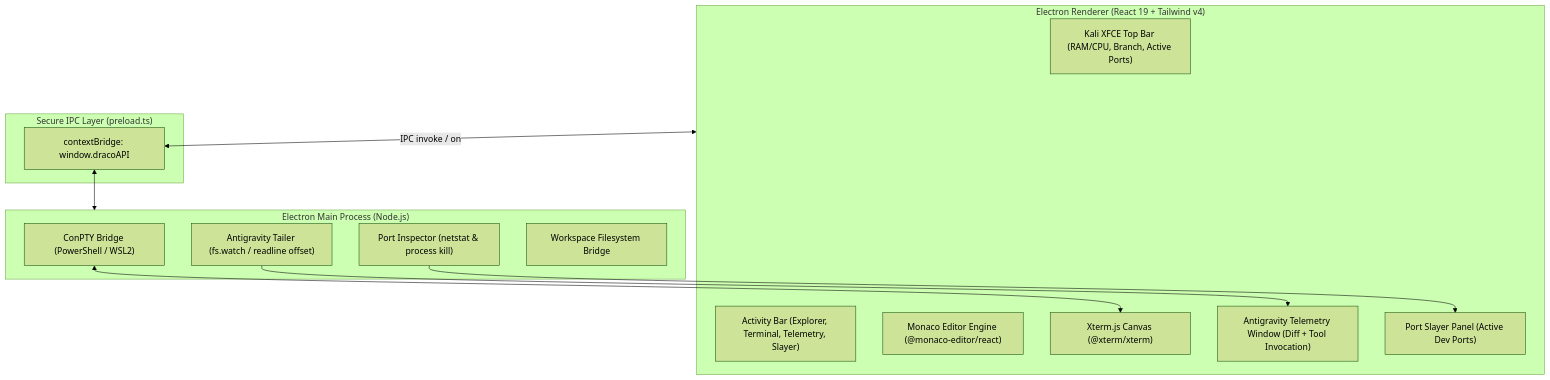
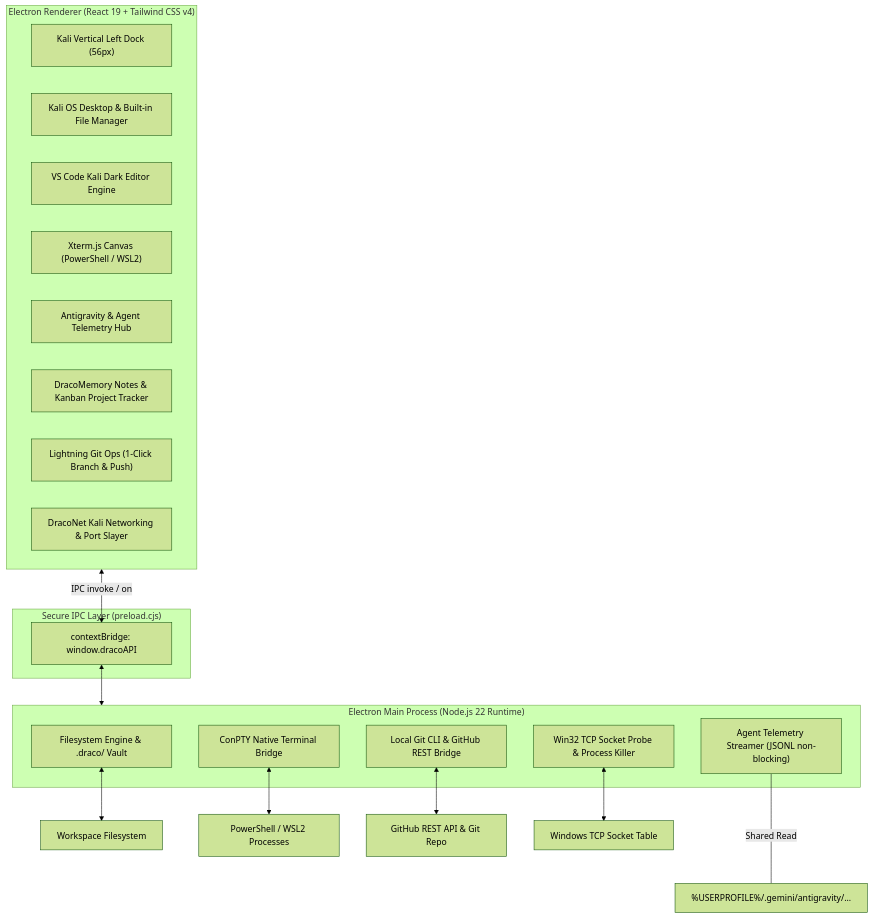
Before and after one commit to elrazaq/dracodeck: the diagram in docs/architecture.md, drawn with Mermaid (forest theme). The commit also changed other lines of this file and 5 other files, not shown here.

Commit message:
feat(m0): integrate master plan for DracoMemory and GitOps

````diff
--- a/docs/architecture.md
+++ b/docs/architecture.md
@@ -7,27 +7,32 @@
 ```mermaid
 flowchart TD
-    subgraph UI_Renderer ["Electron Renderer (React 19 + Tailwind v4)"]
-        TopBar["Kali XFCE Top Bar (RAM/CPU, Branch, Active Ports)"]
-        ActivityBar["Activity Bar (Explorer, Terminal, Telemetry, Slayer)"]
-        EditorArea["Monaco Editor Engine (@monaco-editor/react)"]
-        TerminalCanvas["Xterm.js Canvas (@xterm/xterm)"]
-        TelemetryPanel["Antigravity Telemetry Window (Diff + Tool Invocation)"]
-        PortMatrix["Port Slayer Panel (Active Dev Ports)"]
+    subgraph UI_Renderer ["Electron Renderer (React 19 + Tailwind CSS v4)"]
+        LeftDock["Kali Vertical Left Dock (56px)"]
+        DesktopSpace["Kali OS Desktop & Built-in File Manager"]
+        CodeEditor["VS Code Kali Dark Editor Engine"]
+        TerminalCanvas["Xterm.js Canvas (PowerShell / WSL2)"]
+        TelemetryPanel["Antigravity & Agent Telemetry Hub"]
+        MemoryPanel["DracoMemory Notes & Kanban Project Tracker"]
+        GitBar["Lightning Git Ops (1-Click Branch & Push)"]
+        NetMatrix["DracoNet Kali Networking & Port Slayer"]
     end
 
-    subgraph Bridge ["Secure IPC Layer (preload.ts)"]
+    subgraph Bridge ["Secure IPC Layer (preload.cjs)"]
         ContextAPI["contextBridge: window.dracoAPI"]
     end
 
-    subgraph Main_Node ["Electron Main Process (Node.js)"]
-        PtyBridge["ConPTY Bridge (PowerShell / WSL2)"]
-        LogTailer["Antigravity Tailer (fs.watch / readline offset)"]
-        PortScanner["Port Inspector (netstat & process kill)"]
-        FsBridge["Workspace Filesystem Bridge"]
+    subgraph Main_Process ["Electron Main Process (Node.js 22 Runtime)"]
+        FsService["Filesystem Engine & .draco/ Vault"]
+        PtyService["ConPTY Native Terminal Bridge"]
+        TailerService["Agent Telemetry Streamer (JSONL non-blocking)"]
+        GitService["Local Git CLI & GitHub REST Bridge"]
+        NetService["Win32 TCP Socket Probe & Process Killer"]
     end
 
-    UI_Renderer <-->|IPC invoke / on| ContextAPI <--> Main_Node
-    PtyBridge <--> TerminalCanvas
-    LogTailer --> TelemetryPanel
-    PortScanner --> PortMatrix
+    UI_Renderer <-->|IPC invoke / on| ContextAPI <--> Main_Process
+    FsService <--> LocalDisk["Workspace Filesystem"]
+    PtyService <--> PowerShell["PowerShell / WSL2 Processes"]
+    TailerService <---|Shared Read| BrainLogs["%USERPROFILE%/.gemini/antigravity/..."]
+    GitService <--> GitHubAPI["GitHub REST API & Git Repo"]
+    NetService <--> WinTCP["Windows TCP Socket Table"]
 ```
````
